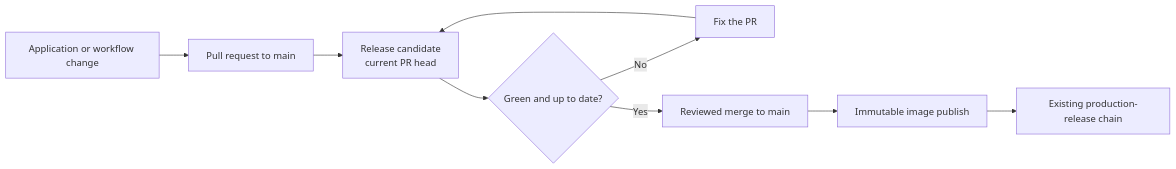
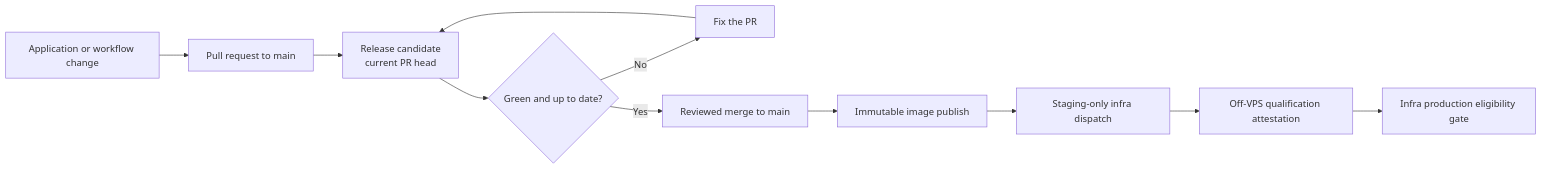
Before and after one commit to ramideltoro/nutsnews-docs: the diagram in DEPLOYMENT_CHECKLIST.md, drawn with Mermaid. The commit also changed other lines of this file and 2 other files, not shown here.

Commit message:
Document staging-first app handoff

````diff
--- a/DEPLOYMENT_CHECKLIST.md
+++ b/DEPLOYMENT_CHECKLIST.md
@@ -88,11 +88,13 @@
 ```mermaid
 flowchart LR
   change["Application or workflow change"] --> pr["Pull request to main"]
   pr --> candidate["Release candidate\ncurrent PR head"]
   candidate --> gate{"Green and up to date?"}
   gate -- "No" --> fix["Fix the PR"]
   fix --> candidate
   gate -- "Yes" --> merge["Reviewed merge to main"]
   merge --> image["Immutable image publish"]
-  image --> promotion["Existing production-release chain"]
+  image --> staging["Staging-only infra dispatch"]
+  staging --> qualification["Off-VPS qualification attestation"]
+  qualification --> production["Infra production eligibility gate"]
 ```
````
